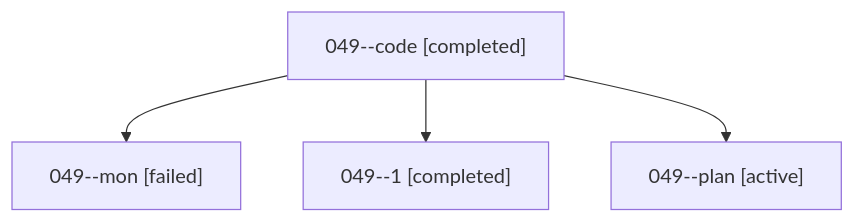
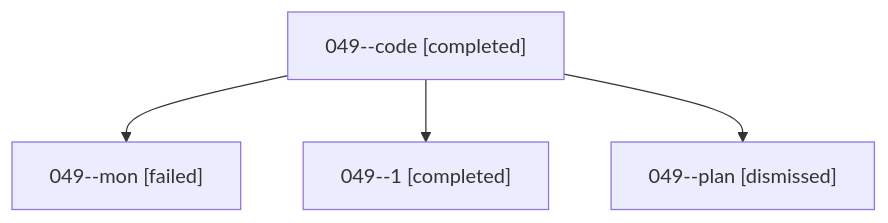
The diagram in sessions/bbugyi200.athena.049.md (sase-org/sase--agents), drawn with Mermaid before and after one commit. The commit also changed other lines of this file and 31 other files, not shown here.

````diff
--- a/sessions/bbugyi200.athena.049.md
+++ b/sessions/bbugyi200.athena.049.md
@@ -9,10 +9,10 @@
 ```mermaid
 flowchart TD
   n0["049--code [completed]"]
   n1["049--mon [failed]"]
   n0 --> n1
   n2["049--1 [completed]"]
   n0 --> n2
-  n3["049--plan [active]"]
+  n3["049--plan [dismissed]"]
   n0 --> n3
 ```
````
